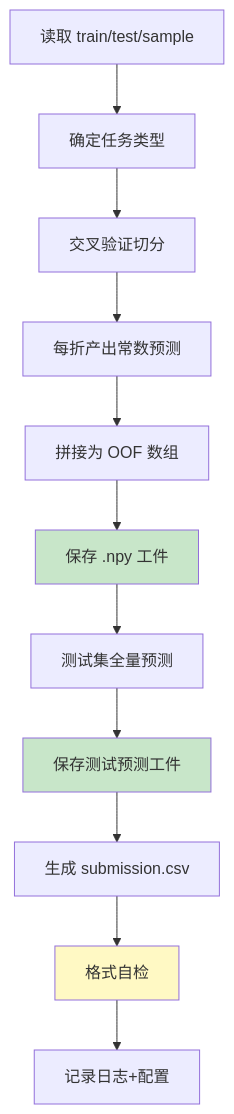
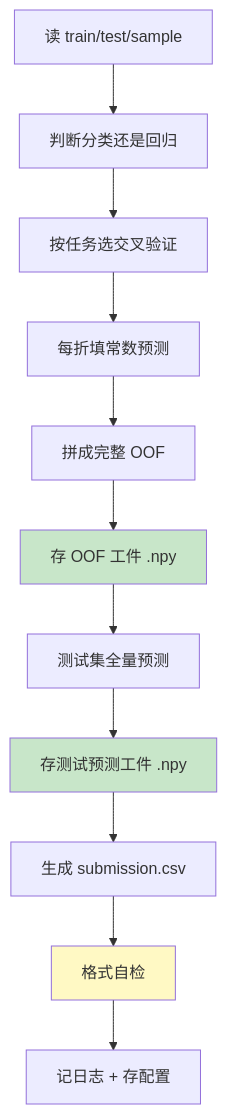
The second of 2 diagrams in docs/chapters/chapter01.md (wizardforcel/vibe-kaggle), drawn with Mermaid before and after one commit. The commit also changed other lines of this file and 1 other file, not shown here.

````diff
--- a/docs/chapters/chapter01.md
+++ b/docs/chapters/chapter01.md
@@ -289,16 +359,16 @@
 ```mermaid
 flowchart TD
-    A[读取 train/test/sample] --> B[确定任务类型]
-    B --> C[交叉验证切分]
-    C --> D[每折产出常数预测]
-    D --> E[拼接为 OOF 数组]
-    E --> F[保存 .npy 工件]
+    A[读 train/test/sample] --> B[判断分类还是回归]
+    B --> C[按任务选交叉验证]
+    C --> D[每折填常数预测]
+    D --> E[拼成完整 OOF]
+    E --> F[存 OOF 工件 .npy]
     F --> G[测试集全量预测]
-    G --> H[保存测试预测工件]
+    G --> H[存测试预测工件 .npy]
     H --> I[生成 submission.csv]
     I --> J[格式自检]
-    J --> K[记录日志+配置]
+    J --> K[记日志 + 存配置]
     style F fill:#c8e6c9
     style H fill:#c8e6c9
     style J fill:#fff9c4
 ```
````
